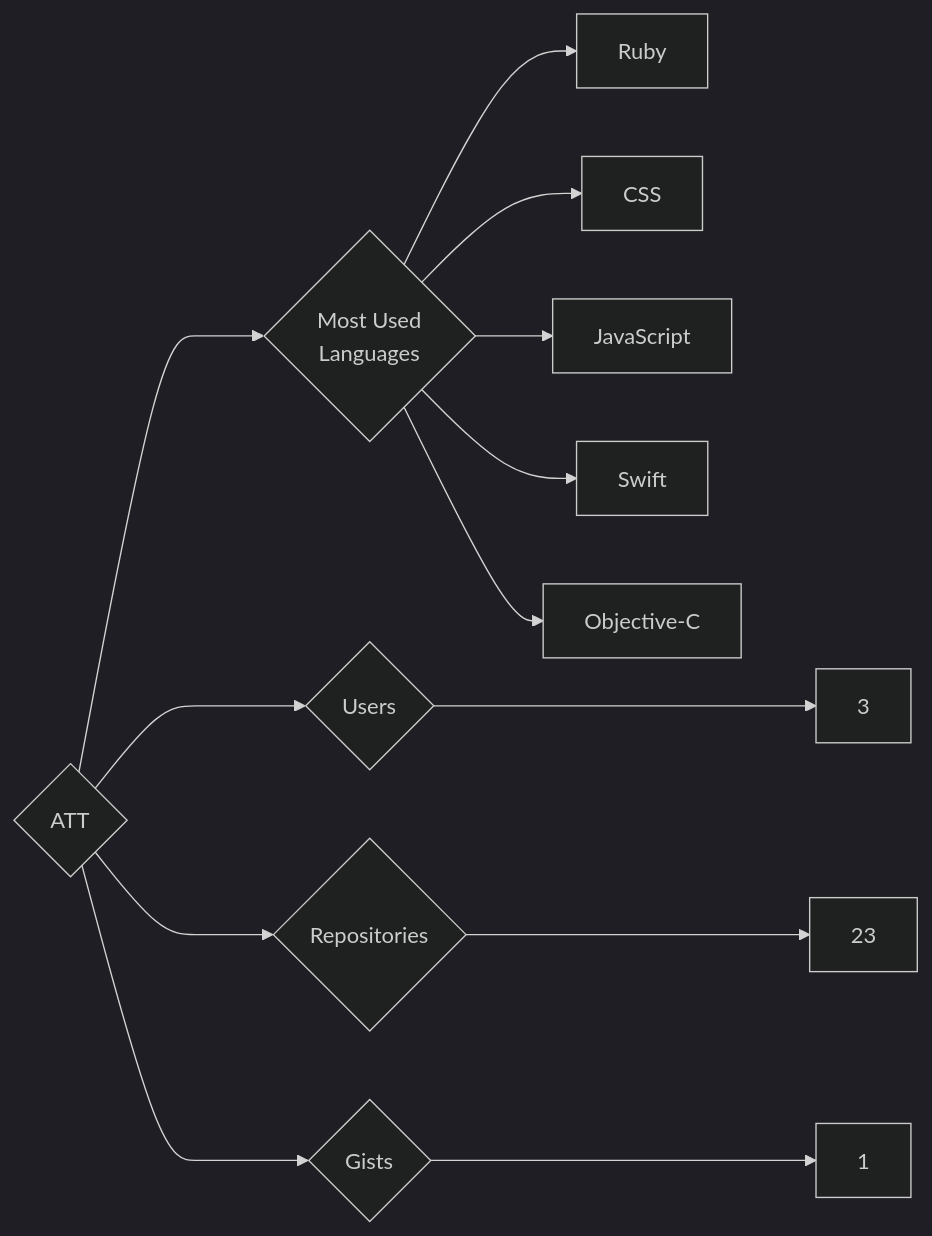
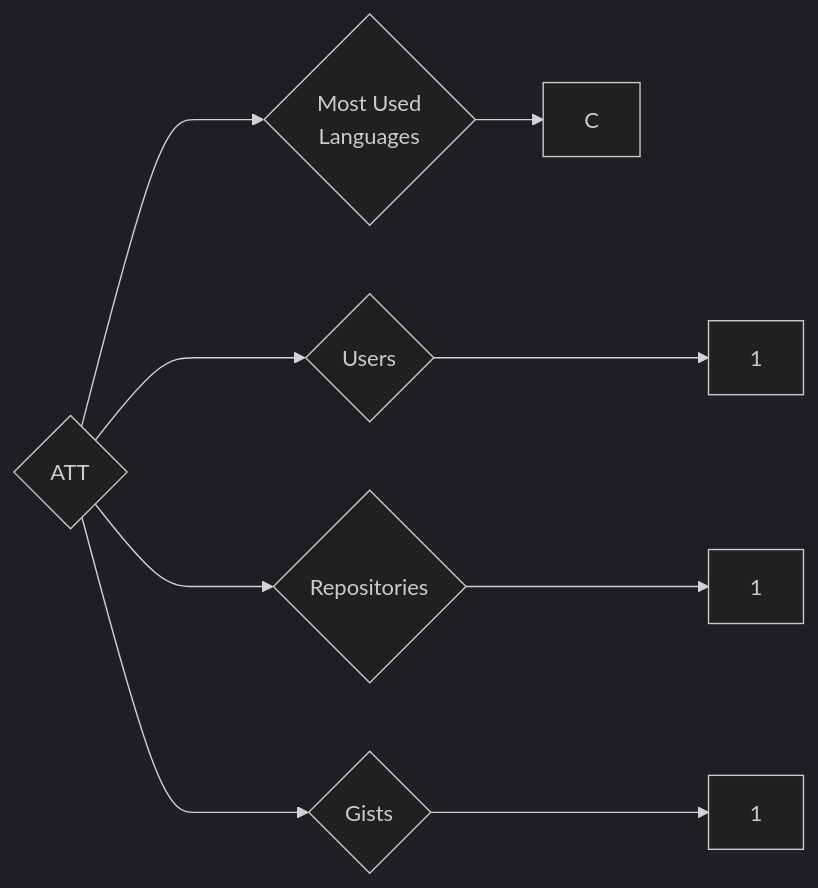
The diagram in targets/ATT/README.md (trickest/insiders), drawn with Mermaid (dark theme) before and after one commit. The commit also changed 873 other files, not shown here.

````diff
--- a/targets/ATT/README.md
+++ b/targets/ATT/README.md
@@ -3,13 +3,9 @@
 ```mermaid
 graph LR
 COMPANY_NAME{ATT}
-COMPANY_NAME ---> U{Users} ---> UN[3]
-COMPANY_NAME ---> R{Repositories} ---> RN[23]
+COMPANY_NAME ---> U{Users} ---> UN[1]
+COMPANY_NAME ---> R{Repositories} ---> RN[1]
 COMPANY_NAME ---> G{Gists} ---> GN[1]
 COMPANY_NAME ---> ML{Most Used<br>Languages}
-ML --> Ruby[Ruby]
-ML --> CSS[CSS]
-ML --> JavaScript[JavaScript]
-ML --> Swift[Swift]
-ML --> Objective-C[Objective-C]
+ML --> C[C]
 ```
````
